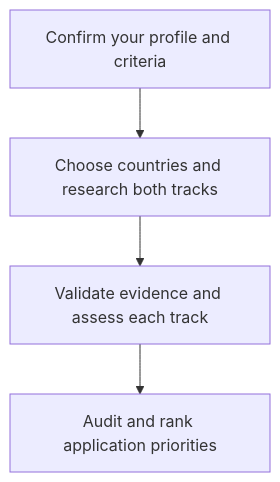
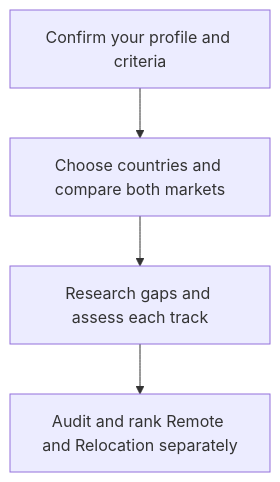
The diagram in docs/commands/country-finder.md (myowinthein/agent-compass), drawn with Mermaid before and after one commit. The commit also changed other lines of this file and 32 other files, not shown here.

First line of the commit message:
feat(country-finder): compare markets and rank tracks independently

````diff
--- a/docs/commands/country-finder.md
+++ b/docs/commands/country-finder.md
@@ -19,6 +19,6 @@
 ```mermaid
 flowchart TD
-  Profile["Confirm your profile and criteria"] --> Discover["Choose countries and research both tracks"]
-  Discover --> Assess["Validate evidence and assess each track"]
-  Assess --> Rank["Audit and rank application priorities"]
+  Profile["Confirm your profile and criteria"] --> Discover["Choose countries and compare both markets"]
+  Discover --> Assess["Research gaps and assess each track"]
+  Assess --> Rank["Audit and rank Remote and Relocation separately"]
 ```
````
